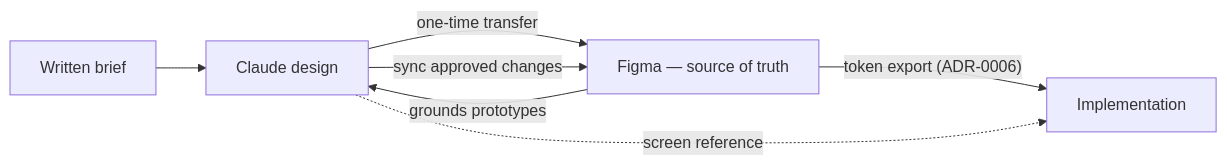
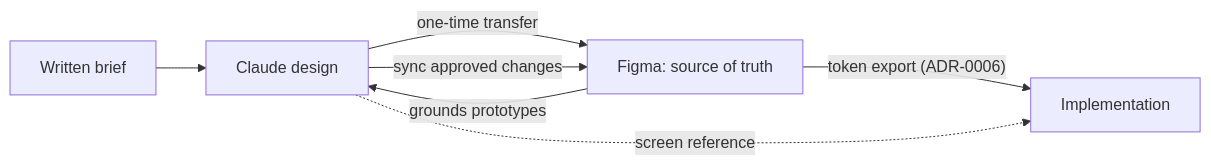
The diagram in docs/journey/02-design.md (Laurensbooij/sliding-puzzle), drawn with Mermaid before and after one commit. The commit also changed other lines of this file and 14 other files, not shown here.

````diff
--- a/docs/journey/02-design.md
+++ b/docs/journey/02-design.md
@@ -42,9 +40,9 @@
 ```mermaid
 flowchart LR
   B[Written brief] --> C[Claude design]
-  C -- "one-time transfer" --> F["Figma — source of truth"]
+  C -- "one-time transfer" --> F["Figma: source of truth"]
   C -- "sync approved changes" --> F
   F -- "grounds prototypes" --> C
   F -- "token export (ADR-0006)" --> I[Implementation]
   C -. "screen reference" .-> I
 ```
````
